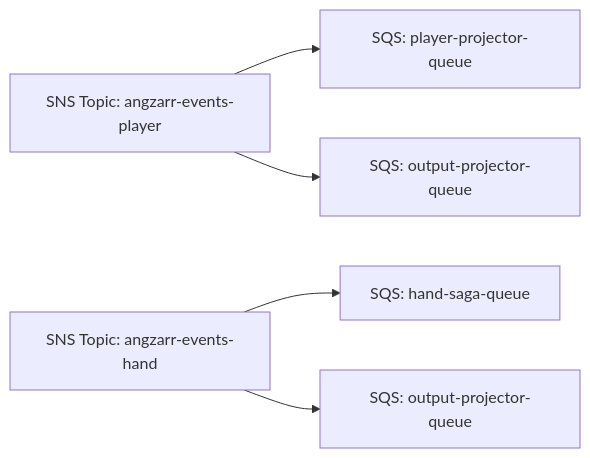
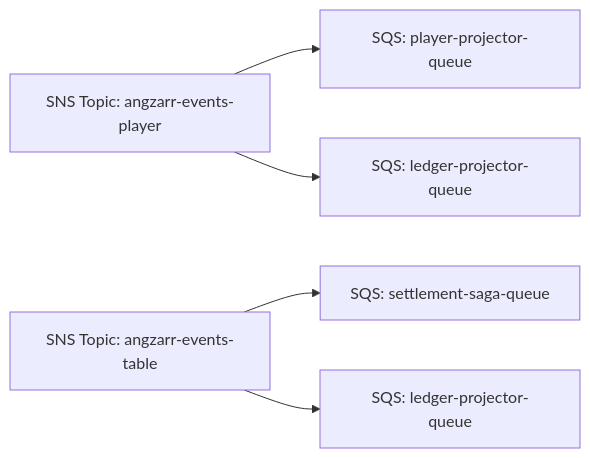
Before and after one commit to angzarr-io/angzarr-project: the diagram in site/src/content/docs/tooling/buses/sns-sqs.md, drawn with Mermaid. The commit also changed other lines of this file and 18 other files, not shown here.

````diff
--- a/site/src/content/docs/tooling/buses/sns-sqs.md
+++ b/site/src/content/docs/tooling/buses/sns-sqs.md
@@ -56,7 +56,7 @@
 ```mermaid
 flowchart LR
     TP["SNS Topic: angzarr-events-player"] --> PP[SQS: player-projector-queue]
-    TP --> OP1[SQS: output-projector-queue]
-    TH["SNS Topic: angzarr-events-hand"] --> HS[SQS: hand-saga-queue]
-    TH --> OP2[SQS: output-projector-queue]
+    TP --> OP1[SQS: ledger-projector-queue]
+    TH["SNS Topic: angzarr-events-table"] --> HS[SQS: settlement-saga-queue]
+    TH --> OP2[SQS: ledger-projector-queue]
 ```
````
